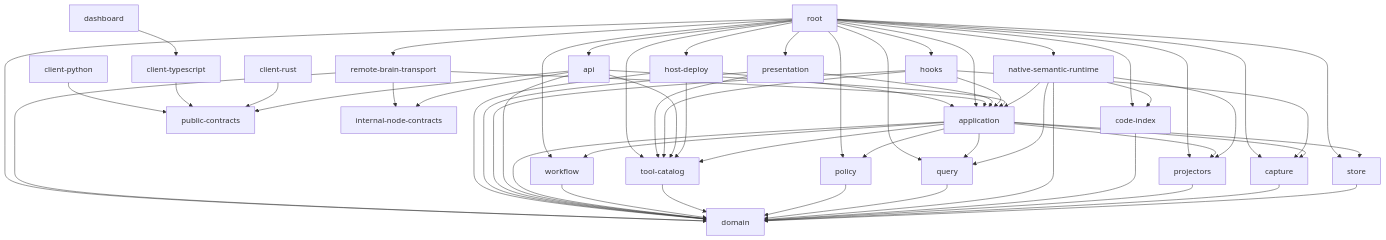
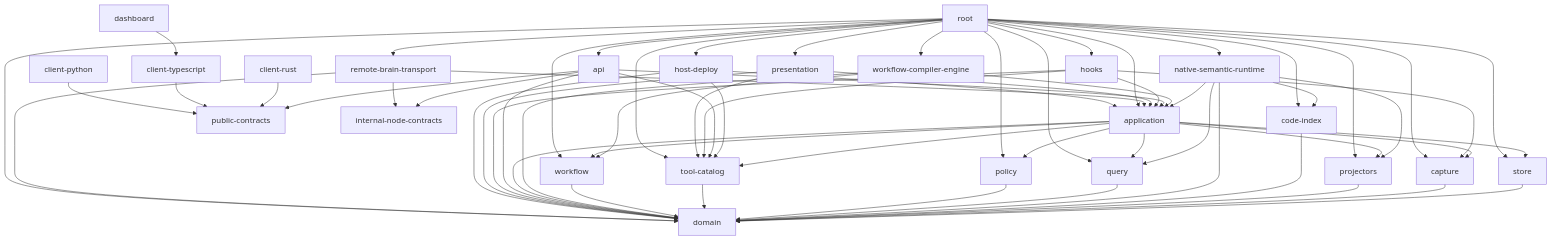
Before and after one commit to ScriptedAlchemy/tracedecay: the diagram in docs/architecture/v2/generated/dependency-dag.md, drawn with Mermaid. The commit also changed 5 other files, not shown here.

Commit message:
fix(architecture): define workflow compiler boundary

````diff
--- a/docs/architecture/v2/generated/dependency-dag.md
+++ b/docs/architecture/v2/generated/dependency-dag.md
@@ -4,62 +4,66 @@
 ```mermaid
 flowchart TD
   store["store"] --> domain["domain"]
   capture["capture"] --> domain["domain"]
   projectors["projectors"] --> domain["domain"]
   code_index["code-index"] --> domain["domain"]
   native_semantic_runtime["native-semantic-runtime"] --> domain["domain"]
   native_semantic_runtime["native-semantic-runtime"] --> code_index["code-index"]
   native_semantic_runtime["native-semantic-runtime"] --> projectors["projectors"]
   native_semantic_runtime["native-semantic-runtime"] --> query["query"]
   native_semantic_runtime["native-semantic-runtime"] --> application["application"]
   query["query"] --> domain["domain"]
   policy["policy"] --> domain["domain"]
   tool_catalog["tool-catalog"] --> domain["domain"]
   workflow["workflow"] --> domain["domain"]
+  workflow_compiler_engine["workflow-compiler-engine"] --> domain["domain"]
+  workflow_compiler_engine["workflow-compiler-engine"] --> workflow["workflow"]
+  workflow_compiler_engine["workflow-compiler-engine"] --> application["application"]
   application["application"] --> domain["domain"]
   application["application"] --> store["store"]
   application["application"] --> capture["capture"]
   application["application"] --> projectors["projectors"]
   application["application"] --> query["query"]
   application["application"] --> policy["policy"]
   application["application"] --> tool_catalog["tool-catalog"]
   application["application"] --> workflow["workflow"]
   api["api"] --> application["application"]
   api["api"] --> public_contracts["public-contracts"]
   hooks["hooks"] --> application["application"]
   presentation["presentation"] --> application["application"]
   host_deploy["host-deploy"] --> tool_catalog["tool-catalog"]
   remote_brain_transport["remote-brain-transport"] --> application["application"]
   client_rust["client-rust"] --> public_contracts["public-contracts"]
   client_typescript["client-typescript"] --> public_contracts["public-contracts"]
   client_python["client-python"] --> public_contracts["public-contracts"]
   dashboard["dashboard"] --> client_typescript["client-typescript"]
   root["root"] --> application["application"]
   root["root"] --> api["api"]
   root["root"] --> hooks["hooks"]
   root["root"] --> presentation["presentation"]
   root["root"] --> host_deploy["host-deploy"]
+  root["root"] --> workflow_compiler_engine["workflow-compiler-engine"]
   root["root"] --> remote_brain_transport["remote-brain-transport"]
   api["api"] --> domain["domain"]
   api["api"] --> tool_catalog["tool-catalog"]
   api["api"] --> internal_node_contracts["internal-node-contracts"]
   hooks["hooks"] --> domain["domain"]
   hooks["hooks"] --> capture["capture"]
   hooks["hooks"] --> tool_catalog["tool-catalog"]
   presentation["presentation"] --> domain["domain"]
   presentation["presentation"] --> tool_catalog["tool-catalog"]
   host_deploy["host-deploy"] --> domain["domain"]
   host_deploy["host-deploy"] --> application["application"]
   remote_brain_transport["remote-brain-transport"] --> domain["domain"]
   remote_brain_transport["remote-brain-transport"] --> internal_node_contracts["internal-node-contracts"]
   root["root"] --> domain["domain"]
   root["root"] --> store["store"]
   root["root"] --> capture["capture"]
   root["root"] --> projectors["projectors"]
   root["root"] --> code_index["code-index"]
   root["root"] --> native_semantic_runtime["native-semantic-runtime"]
   root["root"] --> query["query"]
   root["root"] --> policy["policy"]
   root["root"] --> tool_catalog["tool-catalog"]
   root["root"] --> workflow["workflow"]
 ```
````
